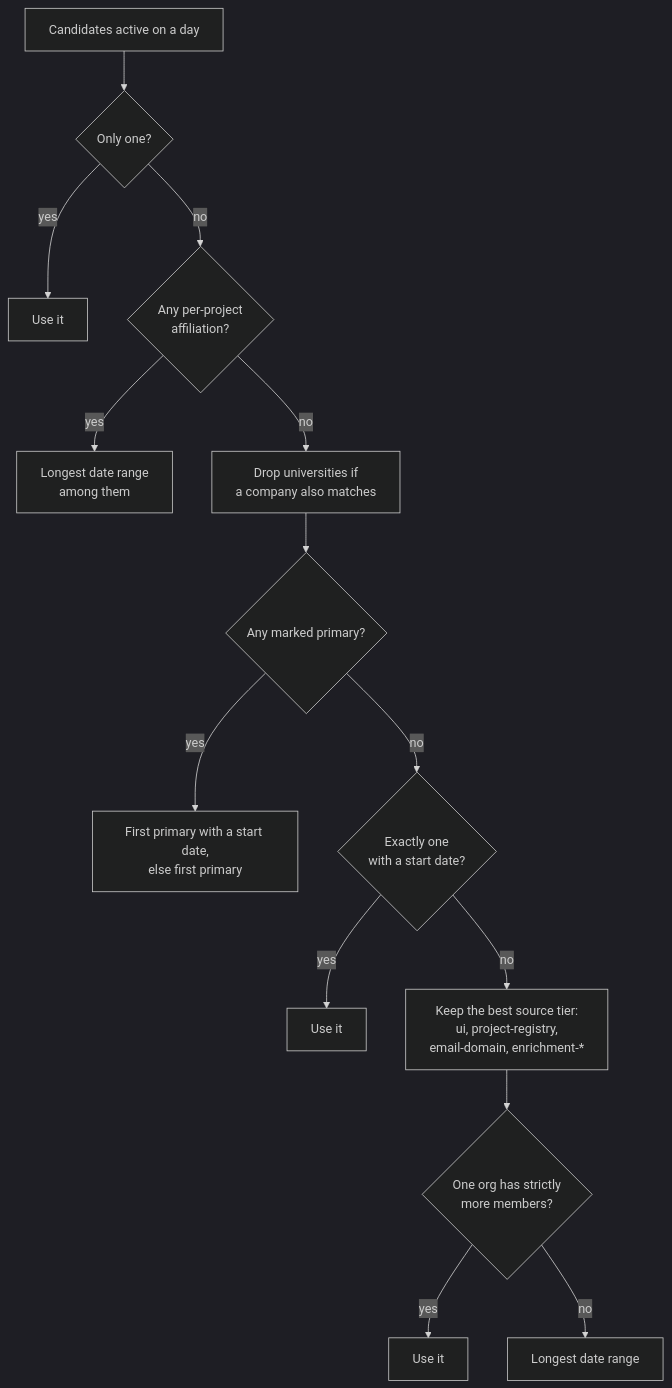
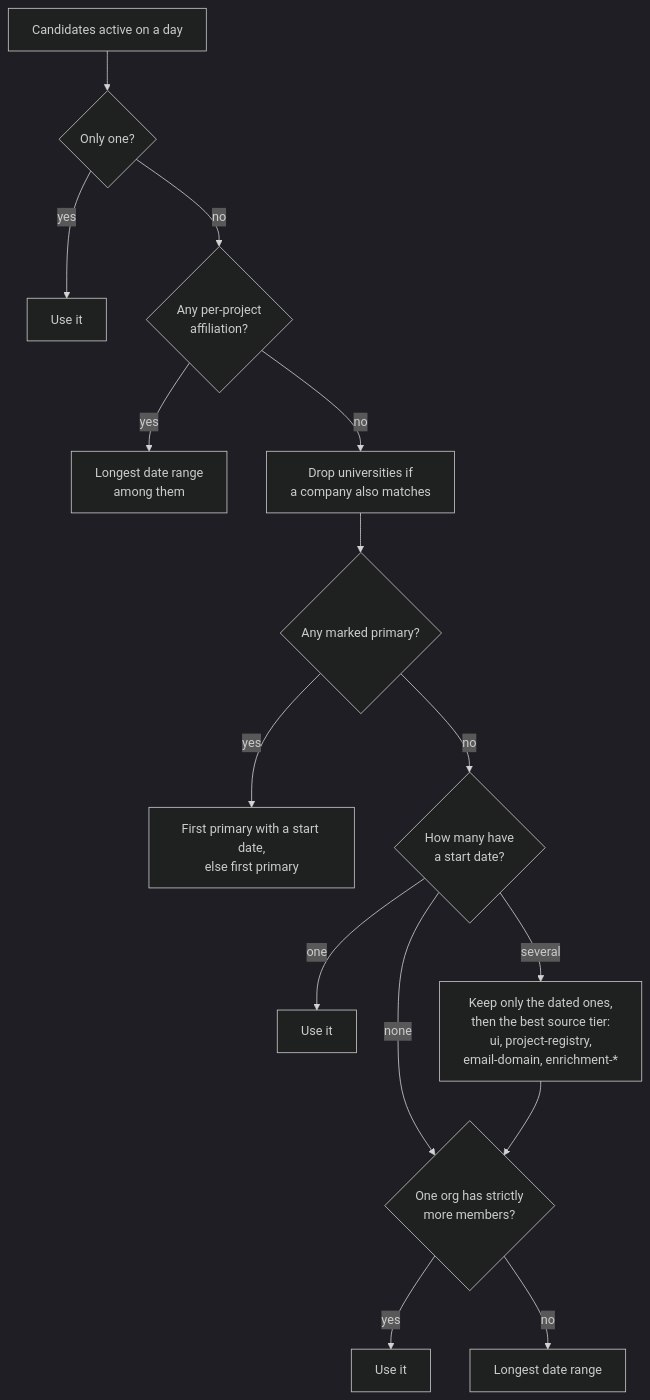
The third of 3 diagrams in services/libs/data-access-layer/src/member-organization-affiliation/README.md (linuxfoundation/crowd.dev), drawn with Mermaid (dark theme) before and after one commit. The commit also changed 4 other files, not shown here.

````diff
--- a/services/libs/data-access-layer/src/member-organization-affiliation/README.md
+++ b/services/libs/data-access-layer/src/member-organization-affiliation/README.md
@@ -64,16 +64,17 @@
 ```mermaid
 flowchart TD
   c["Candidates active on a day"] --> one{"Only one?"}
   one -->|yes| r1["Use it"]
   one -->|no| man{"Any per-project<br/>affiliation?"}
   man -->|yes| r2["Longest date range<br/>among them"]
   man -->|no| uni["Drop universities if<br/>a company also matches"]
   uni --> pri{"Any marked primary?"}
   pri -->|yes| r3["First primary with a start date,<br/>else first primary"]
-  pri -->|no| dated{"Exactly one<br/>with a start date?"}
-  dated -->|yes| r4["Use it"]
-  dated -->|no| src["Keep the best source tier:<br/>ui, project-registry,<br/>email-domain, enrichment-*"]
+  pri -->|no| dated{"How many have<br/>a start date?"}
+  dated -->|one| r4["Use it"]
+  dated -->|several| src["Keep only the dated ones,<br/>then the best source tier:<br/>ui, project-registry,<br/>email-domain, enrichment-*"]
+  dated -->|none| cnt
   src --> cnt{"One org has strictly<br/>more members?"}
   cnt -->|yes| r5["Use it"]
   cnt -->|no| r6["Longest date range"]
 ```
````
